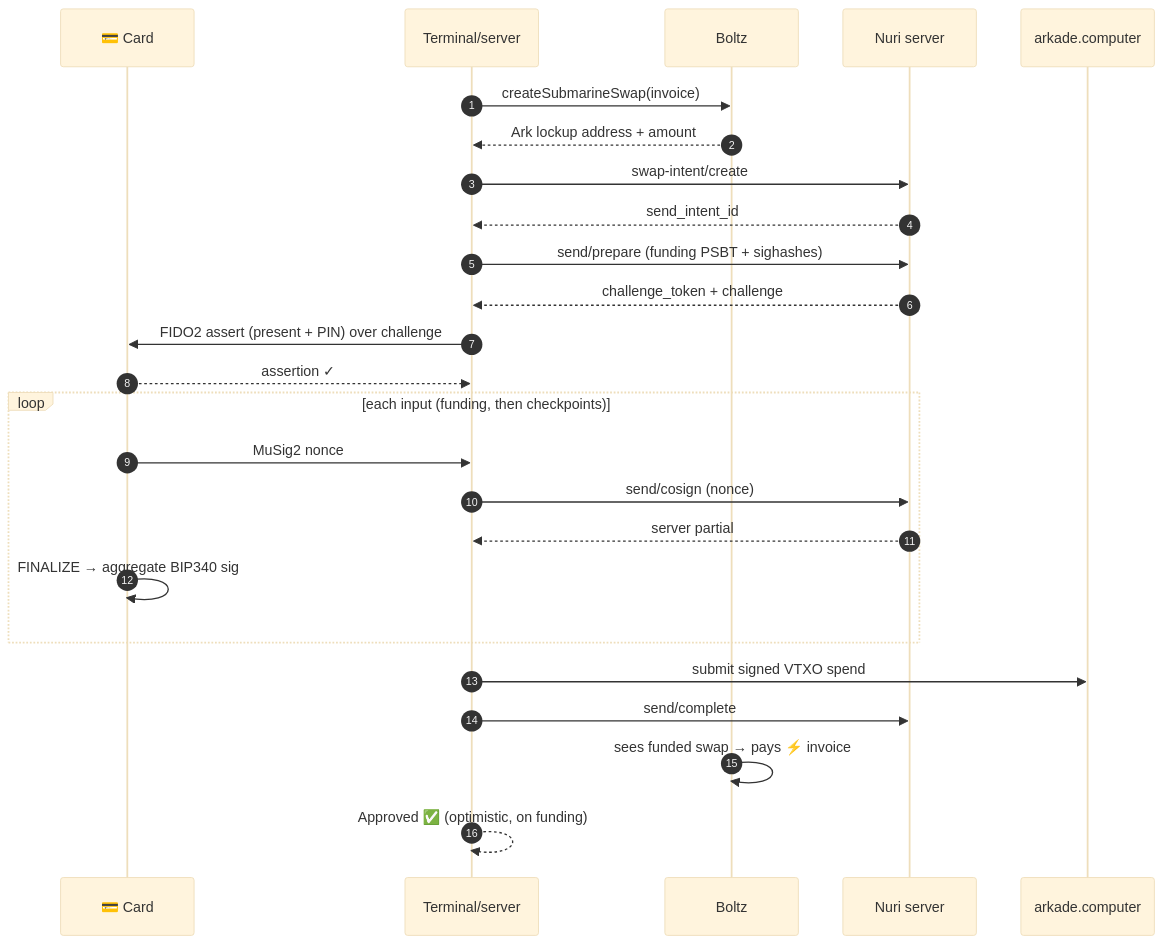
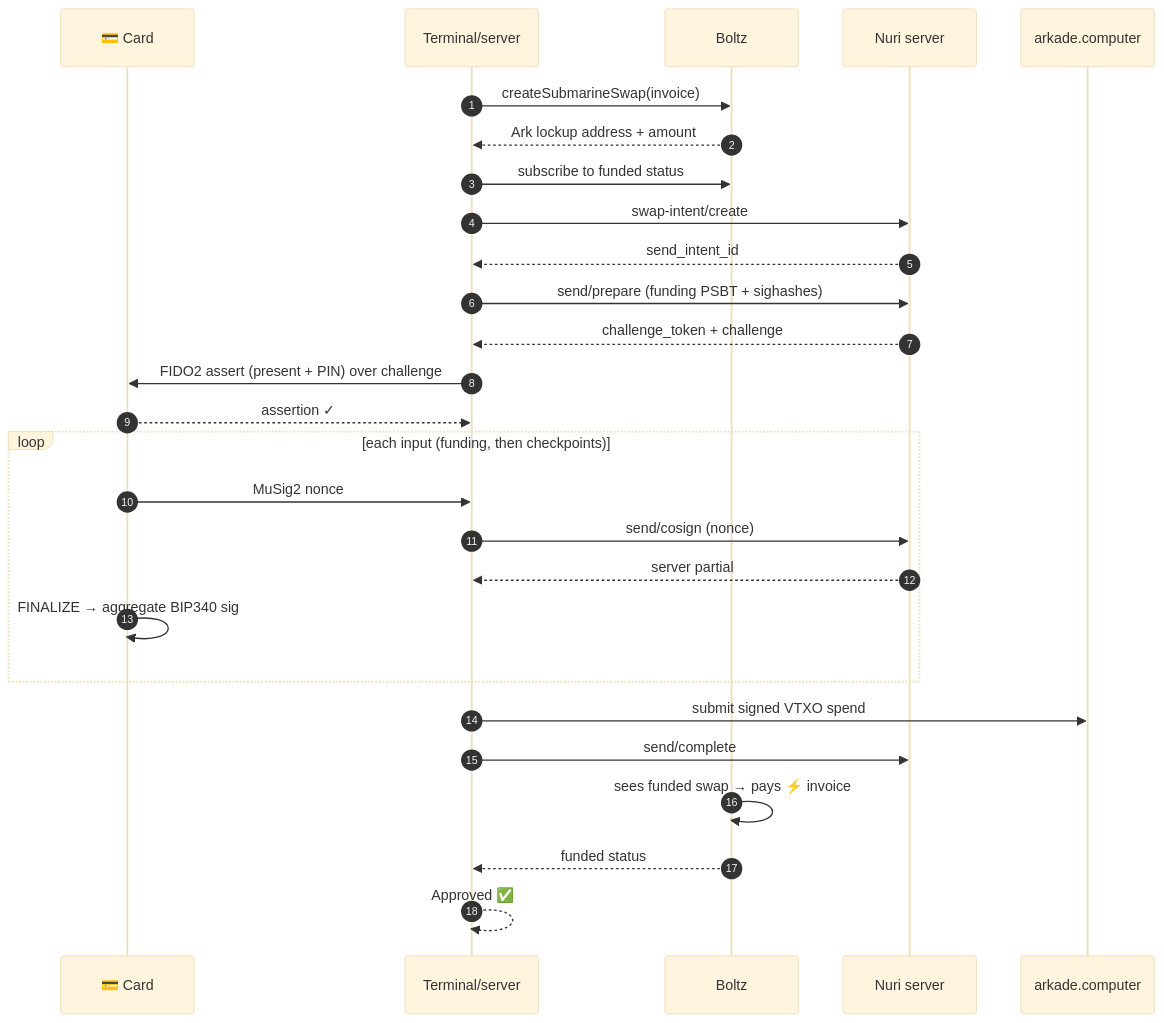
One commit to nuri-com/nuri-passkey-prf-smartcard changed the third of 6 diagrams in README.md. Above: the diagram before and after it, drawn with Mermaid (base theme). The commit also changed other lines of this file and 27 other files, not shown here.

Commit message:
fix: align Expo card flow with live protocol

````diff
--- a/README.md
+++ b/README.md
@@ -249,27 +261,29 @@
 ```mermaid
 sequenceDiagram
   autonumber
   participant C as 💳 Card
   participant T as Terminal/server
   participant B as Boltz
   participant N as Nuri server
   participant A as arkade.computer
   T->>B: createSubmarineSwap(invoice)
   B-->>T: Ark lockup address + amount
+  T->>B: subscribe to funded status
   T->>N: swap-intent/create
   N-->>T: send_intent_id
   T->>N: send/prepare (funding PSBT + sighashes)
   N-->>T: challenge_token + challenge
   T->>C: FIDO2 assert (present + PIN) over challenge
   C-->>T: assertion ✓
   loop each input (funding, then checkpoints)
     C->>T: MuSig2 nonce
     T->>N: send/cosign (nonce)
     N-->>T: server partial
     C->>C: FINALIZE → aggregate BIP340 sig
   end
   T->>A: submit signed VTXO spend
   T->>N: send/complete
   B->>B: sees funded swap → pays ⚡ invoice
-  T-->>T: Approved ✅ (optimistic, on funding)
+  B-->>T: funded status
+  T-->>T: Approved ✅
 ```
````
